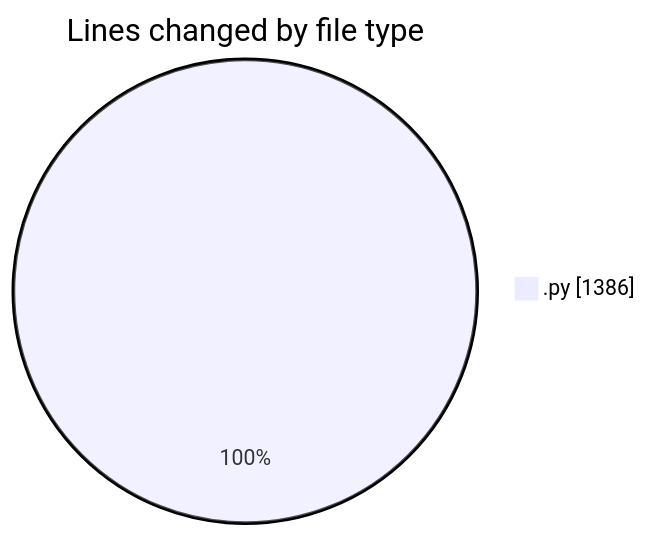
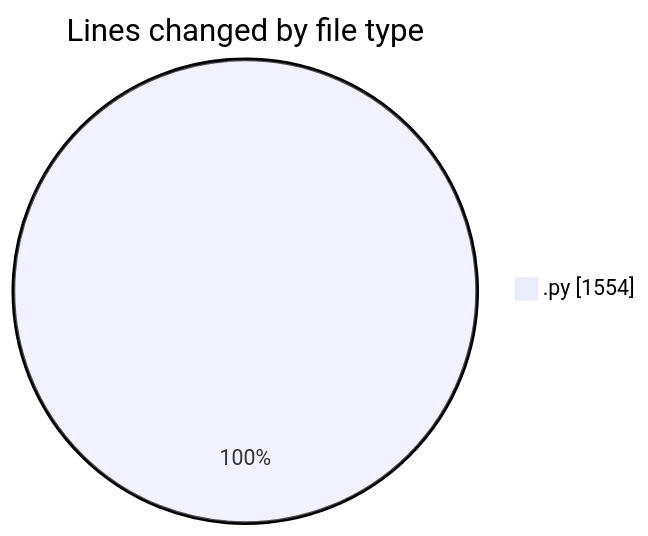
One commit to Ritupan-Deka/code-tracking changed the first of 2 diagrams in 2025-06-29/whiteboard/README.md. Above: the diagram before and after it, drawn with Mermaid. The commit also changed other lines of this file and 1 other file, not shown here.

````diff
--- a/2025-06-29/whiteboard/README.md
+++ b/2025-06-29/whiteboard/README.md
@@ -23,5 +23,5 @@
 ```mermaid
 pie showData
 title Lines changed by file type
-".py" : 1386
+".py" : 1554
 ```
````
